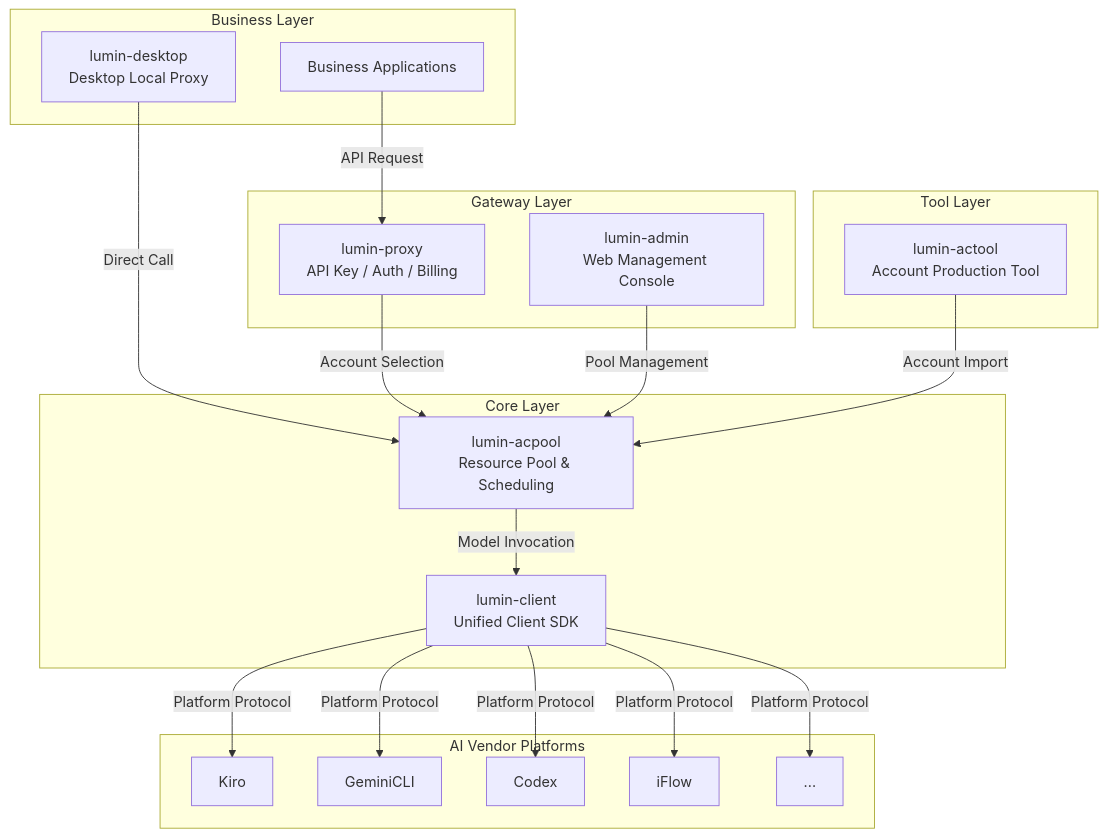
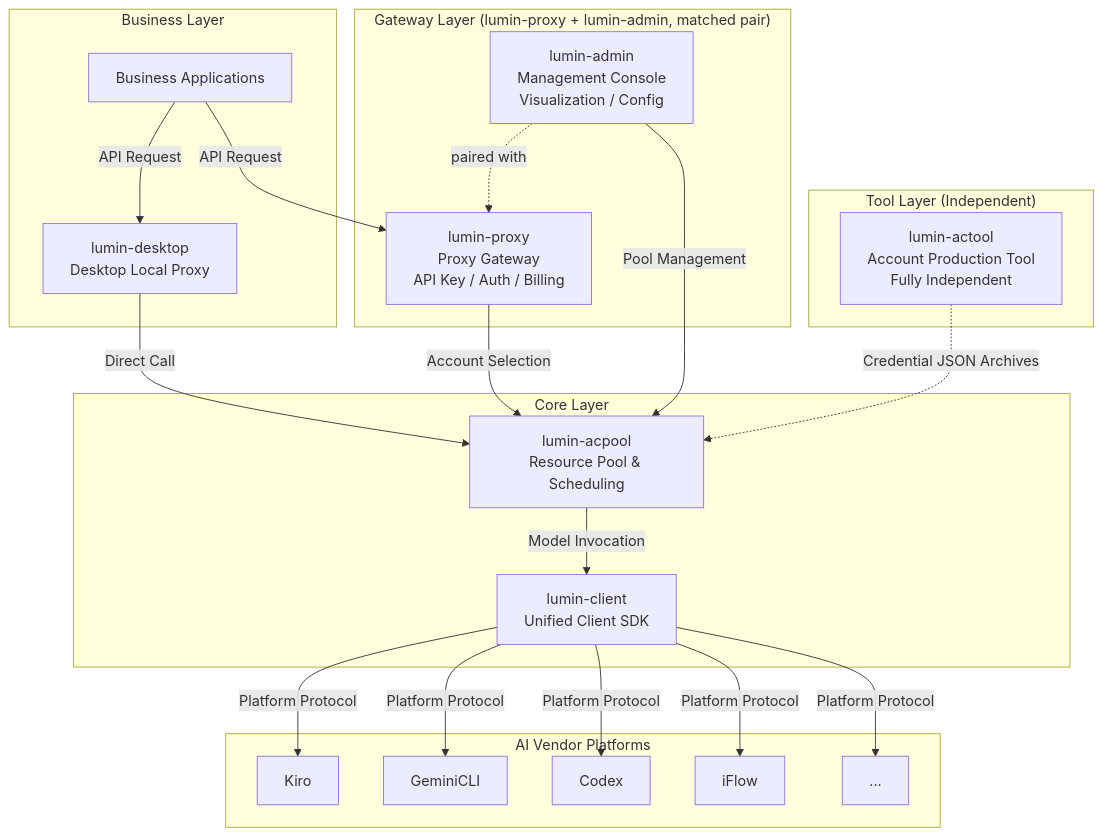
Before and after one commit to nomand-zc/lumin-acpool: the first of 3 diagrams in README.md, drawn with Mermaid. The commit also changed other lines of this file and 1 other file, not shown here.

````diff
--- a/README.md
+++ b/README.md
@@ -34,41 +34,43 @@
 ```mermaid
 graph TB
     subgraph "Business Layer"
         BIZ[Business Applications]
         DESKTOP[lumin-desktop<br/>Desktop Local Proxy]
     end
 
-    subgraph "Gateway Layer"
-        PROXY[lumin-proxy<br/>API Key / Auth / Billing]
-        ADMIN[lumin-admin<br/>Web Management Console]
+    subgraph "Gateway Layer (lumin-proxy + lumin-admin, matched pair)"
+        PROXY[lumin-proxy<br/>Proxy Gateway<br/>API Key / Auth / Billing]
+        ADMIN[lumin-admin<br/>Management Console<br/>Visualization / Config]
+        ADMIN -.->|paired with| PROXY
     end
 
     subgraph "Core Layer"
         ACPOOL[lumin-acpool<br/>Resource Pool & Scheduling]
         CLIENT[lumin-client<br/>Unified Client SDK]
     end
 
-    subgraph "Tool Layer"
-        ACTOOL[lumin-actool<br/>Account Production Tool]
+    subgraph "Tool Layer (Independent)"
+        ACTOOL[lumin-actool<br/>Account Production Tool<br/>Fully Independent]
     end
 
     subgraph "AI Vendor Platforms"
         KIRO[Kiro]
         GEMINI[GeminiCLI]
         CODEX[Codex]
         IFLOW[iFlow]
         MORE[...]
     end
 
     BIZ -->|API Request| PROXY
+    BIZ -->|API Request| DESKTOP
     DESKTOP -->|Direct Call| ACPOOL
     PROXY -->|Account Selection| ACPOOL
     ADMIN -->|Pool Management| ACPOOL
     ACPOOL -->|Model Invocation| CLIENT
     CLIENT -->|Platform Protocol| KIRO
     CLIENT -->|Platform Protocol| GEMINI
     CLIENT -->|Platform Protocol| CODEX
     CLIENT -->|Platform Protocol| IFLOW
     CLIENT -->|Platform Protocol| MORE
-    ACTOOL -->|Account Import| ACPOOL
+    ACTOOL -.->|Credential JSON Archives| ACPOOL
 ```
````
